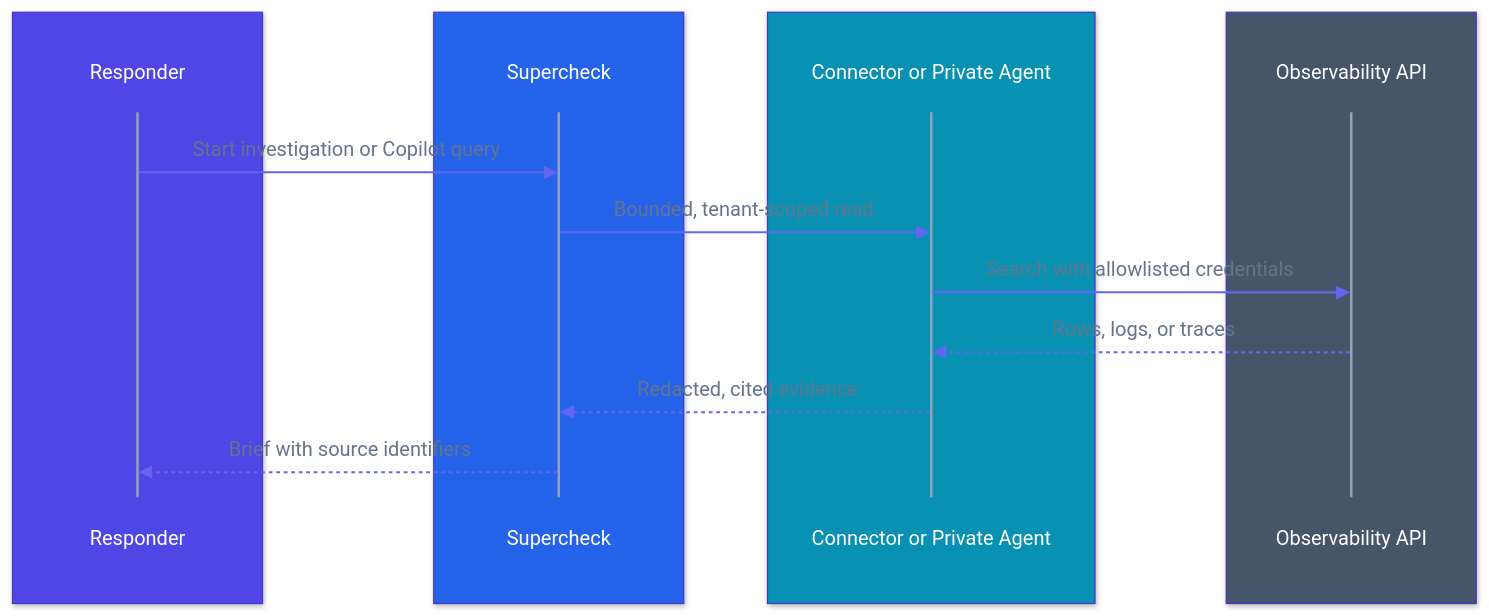
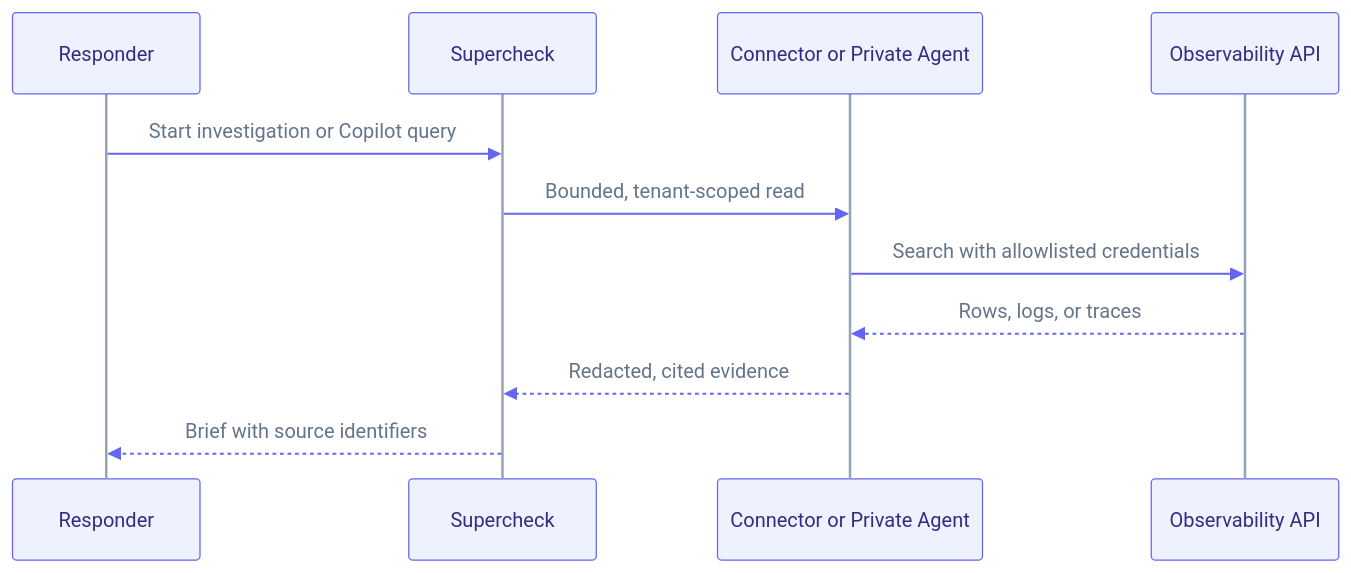
Before and after one commit to supercheck-io/supercheck: the second of 2 diagrams in docs/content/docs/app/investigate/connectors.mdx, drawn with Mermaid. The commit also changed 11 other files, not shown here.

First line of the commit message:
docs: clean up sequence diagram colors and readability

````diff
--- a/docs/content/docs/app/investigate/connectors.mdx
+++ b/docs/content/docs/app/investigate/connectors.mdx
@@ -52,23 +52,15 @@
 ```mermaid
-%%{init: {"theme":"base","themeVariables":{"fontFamily":"ui-sans-serif, system-ui, -apple-system, Segoe UI, Roboto, sans-serif","primaryColor":"#6366f1","primaryTextColor":"#ffffff","primaryBorderColor":"#4338ca","lineColor":"#94a3b8","actorBkg":"transparent","actorBorder":"transparent","actorTextColor":"#ffffff","actorLineColor":"#94a3b8","signalColor":"#6366f1","signalTextColor":"#64748b","labelBoxBkgColor":"#d97706","labelBoxBorderColor":"#b45309","labelTextColor":"#ffffff","loopTextColor":"#64748b","activationBkgColor":"#7c3aed","activationBorderColor":"#6d28d9","noteBkgColor":"#d97706","noteBorderColor":"#b45309","noteTextColor":"#ffffff","textColor":"#64748b","mainBkg":"#ffffff"}}}%%
+%%{init: {"theme":"base","themeVariables":{"fontFamily":"ui-sans-serif, system-ui, -apple-system, Segoe UI, Roboto, sans-serif","actorBkg":"#eef2ff","actorBorder":"#6366f1","actorTextColor":"#312e81","actorLineColor":"#94a3b8","signalColor":"#6366f1","signalTextColor":"#64748b","labelBoxBkgColor":"#fef3c7","labelBoxBorderColor":"#d97706","labelTextColor":"#78350f","loopTextColor":"#64748b","activationBkgColor":"#ddd6fe","activationBorderColor":"#7c3aed","noteBkgColor":"#fef3c7","noteBorderColor":"#d97706","noteTextColor":"#78350f","textColor":"#64748b","lineColor":"#94a3b8","mainBkg":"transparent"}}}%%
 sequenceDiagram
-    box rgb(79,70,229)
-        participant Responder
-    end
-    box rgb(37,99,235)
-        participant Supercheck
-    end
-    box rgb(8,145,178)
-        participant Connector as Connector or Private Agent
-    end
-    box rgb(71,85,105)
-        participant Provider as Observability API
-    end
+    participant Responder
+    participant Supercheck
+    participant Connector as Connector or Private Agent
+    participant Provider as Observability API
 
     Responder->>Supercheck: Start investigation or Copilot query
     Supercheck->>Connector: Bounded, tenant-scoped read
     Connector->>Provider: Search with allowlisted credentials
     Provider-->>Connector: Rows, logs, or traces
     Connector-->>Supercheck: Redacted, cited evidence
     Supercheck-->>Responder: Brief with source identifiers
 ```
````
